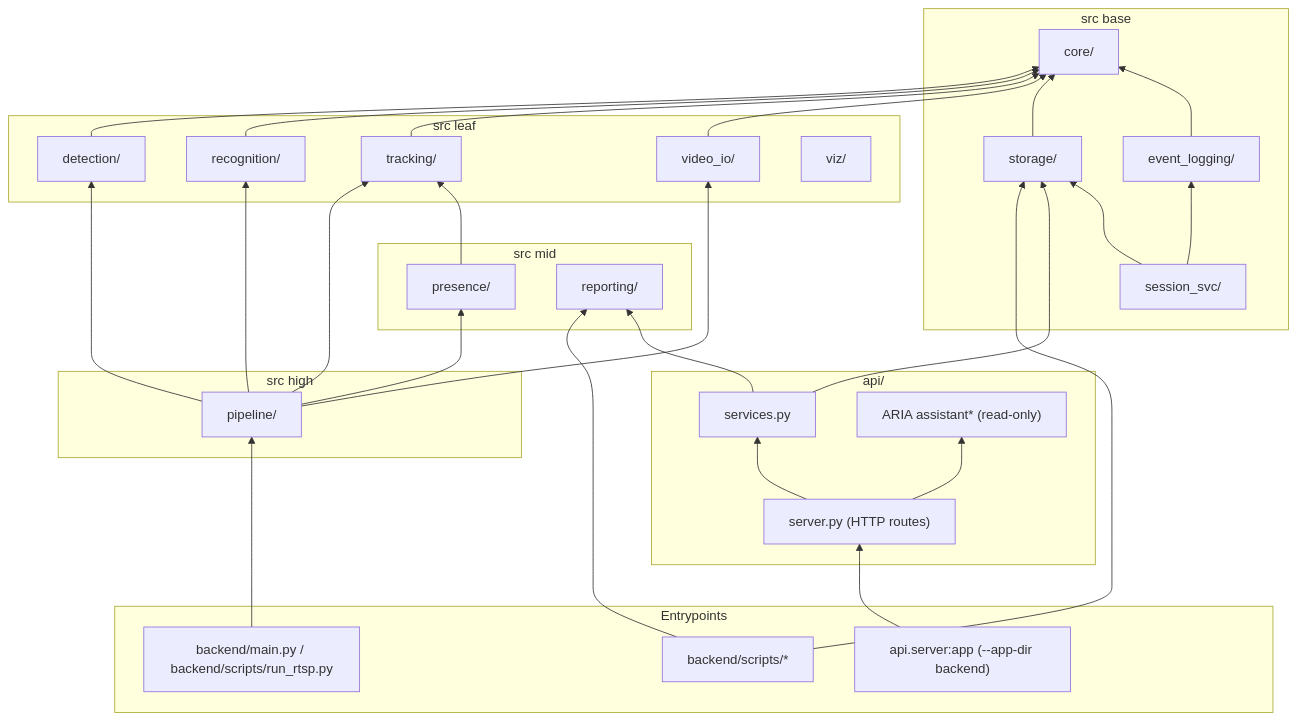
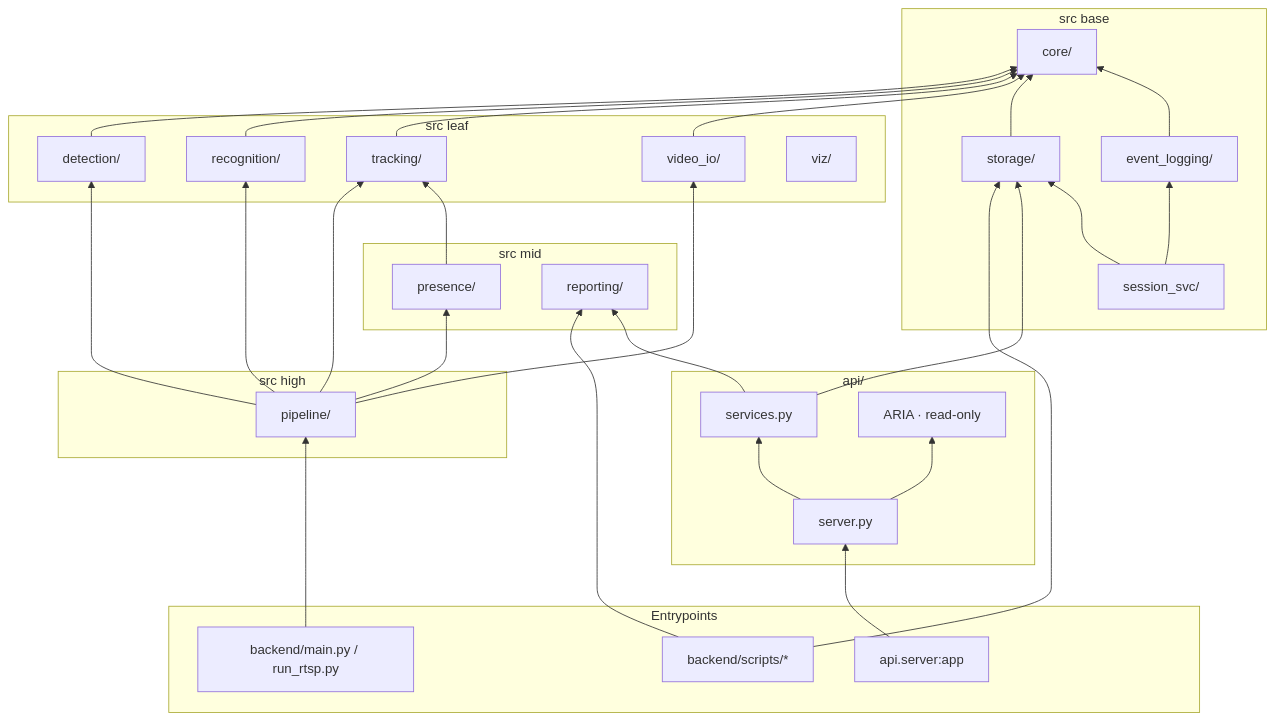
Before and after one commit to Akash-2615/VYRON: the second of 4 diagrams in docs/ARCHITECTURE.md, drawn with Mermaid. The commit also changed other lines of this file and 3 other files, not shown here.

````diff
--- a/docs/ARCHITECTURE.md
+++ b/docs/ARCHITECTURE.md
@@ -10,55 +37,55 @@
 ```mermaid
 flowchart BT
   subgraph entry["Entrypoints"]
-    main["backend/main.py / backend/scripts/run_rtsp.py"]
+    main["backend/main.py / run_rtsp.py"]
     scripts["backend/scripts/*"]
-    api_entry["api.server:app (--app-dir backend)"]
+    api_entry["api.server:app"]
   end
   subgraph api_layer["api/"]
-    server["server.py (HTTP routes)"]
+    server["server.py"]
     services["services.py"]
-    assistant["ARIA assistant* (read-only)"]
+    assistant["ARIA · read-only"]
   end
   subgraph high["src high"]
     pipeline["pipeline/"]
   end
   subgraph mid["src mid"]
     presence["presence/"]
     reporting["reporting/"]
   end
   subgraph leaf["src leaf"]
     detection["detection/"]
     recognition["recognition/"]
     tracking["tracking/"]
     video_io["video_io/"]
     viz["viz/"]
   end
   subgraph base["src base"]
     core["core/"]
     storage["storage/"]
     event_logging["event_logging/"]
     session_svc["session_svc/"]
   end
   main --> pipeline
   scripts --> reporting
   scripts --> storage
   api_entry --> server
   server --> services
   server --> assistant
   services --> storage
   services --> reporting
   pipeline --> presence
   pipeline --> detection
   pipeline --> recognition
   pipeline --> tracking
   pipeline --> video_io
   presence --> tracking
   detection --> core
   recognition --> core
   tracking --> core
   video_io --> core
   storage --> core
   event_logging --> core
   session_svc --> storage
   session_svc --> event_logging
 ```
````
